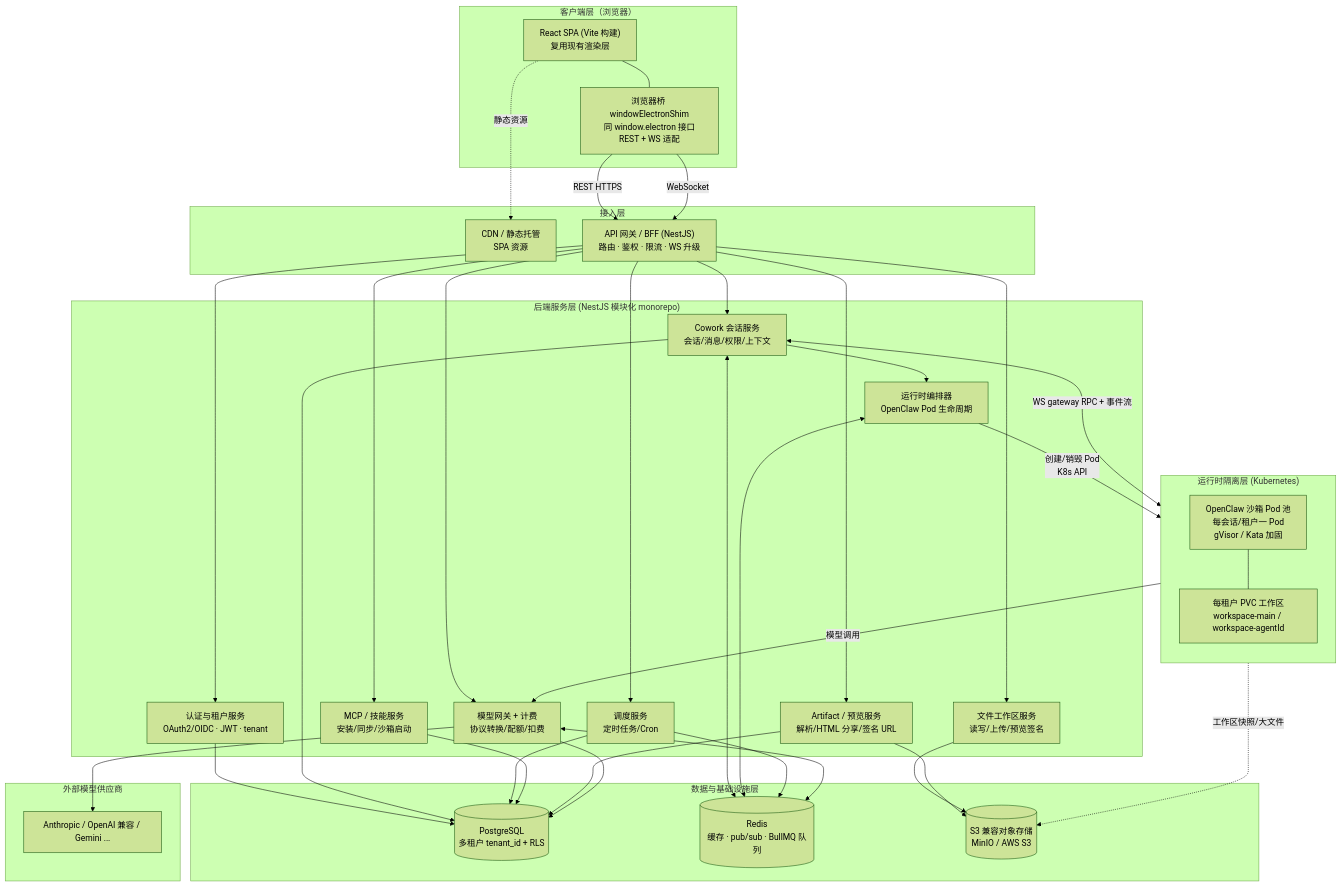
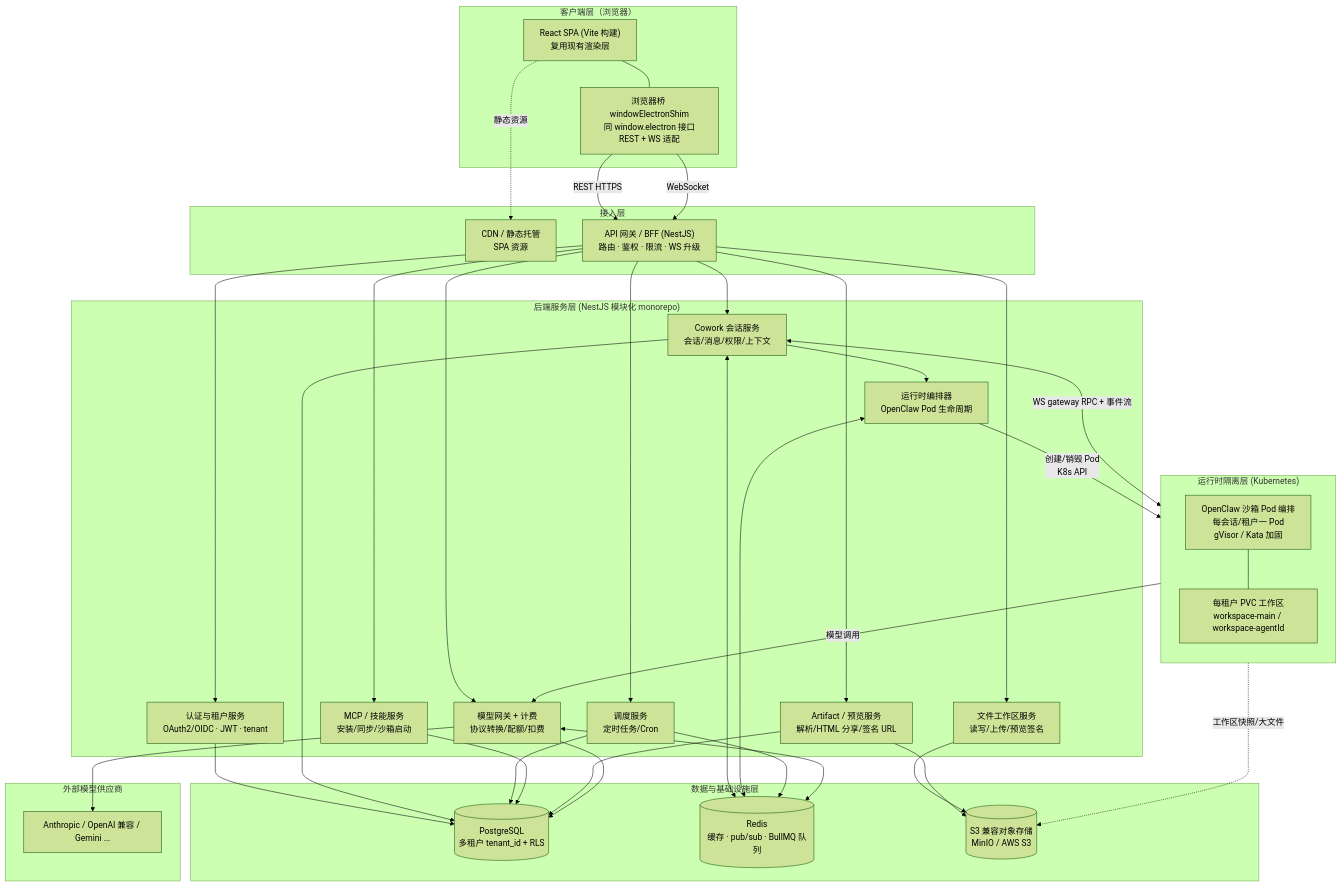
One commit to edward-ng-duke/LobsterAI changed the first of 4 diagrams in 改造计划/02-目标架构与技术选型.md. Above: the diagram before and after it, drawn with Mermaid (forest theme). The commit also changed other lines of this file and 22 other files, not shown here.

````diff
--- a/改造计划/02-目标架构与技术选型.md
+++ b/改造计划/02-目标架构与技术选型.md
@@ -49,74 +50,74 @@
 ```mermaid
 flowchart TB
   subgraph Client["客户端层（浏览器）"]
     SPA["React SPA (Vite 构建)<br/>复用现有渲染层"]
     Bridge["浏览器桥 windowElectronShim<br/>同 window.electron 接口<br/>REST + WS 适配"]
     SPA --- Bridge
   end
 
   subgraph Edge["接入层"]
     CDN["CDN / 静态托管<br/>SPA 资源"]
     GW["API 网关 / BFF (NestJS)<br/>路由 · 鉴权 · 限流 · WS 升级"]
   end
 
   subgraph Services["后端服务层 (NestJS 模块化 monorepo)"]
     Auth["认证与租户服务<br/>OAuth2/OIDC · JWT · tenant"]
     Cowork["Cowork 会话服务<br/>会话/消息/权限/上下文"]
     Orch["运行时编排器<br/>OpenClaw Pod 生命周期"]
     FileSvc["文件工作区服务<br/>读写/上传/预览签名"]
     ModelGW["模型网关 + 计费<br/>协议转换/配额/扣费"]
     Sched["调度服务<br/>定时任务/Cron"]
     McpSkill["MCP / 技能服务<br/>安装/同步/沙箱启动"]
     Artifact["Artifact / 预览服务<br/>解析/HTML 分享/签名 URL"]
   end
 
   subgraph Runtime["运行时隔离层 (Kubernetes)"]
     direction TB
-    PodPool["OpenClaw 沙箱 Pod 池<br/>每会话/租户一 Pod<br/>gVisor / Kata 加固"]
+    PodPool["OpenClaw 沙箱 Pod 编排<br/>每会话/租户一 Pod<br/>gVisor / Kata 加固"]
     PVC["每租户 PVC 工作区<br/>workspace-main / workspace-agentId"]
     PodPool --- PVC
   end
 
   subgraph Data["数据与基础设施层"]
     PG[("PostgreSQL<br/>多租户 tenant_id + RLS")]
     Redis[("Redis<br/>缓存 · pub/sub · BullMQ 队列")]
     S3[("S3 兼容对象存储<br/>MinIO / AWS S3")]
   end
 
   subgraph LLM["外部模型供应商"]
     Providers["Anthropic / OpenAI 兼容 / Gemini ..."]
   end
 
   SPA -. 静态资源 .-> CDN
   Bridge -->|REST HTTPS| GW
   Bridge -->|WebSocket| GW
   GW --> Auth
   GW --> Cowork
   GW --> FileSvc
   GW --> ModelGW
   GW --> Sched
   GW --> McpSkill
   GW --> Artifact
 
   Cowork --> Orch
   Orch -->|创建/销毁 Pod<br/>K8s API| PodPool
   Cowork <-->|WS gateway RPC + 事件流| PodPool
   PodPool -->|模型调用| ModelGW
   ModelGW --> Providers
 
   Auth --> PG
   Cowork --> PG
   Sched --> PG
   McpSkill --> PG
   Artifact --> PG
   ModelGW --> PG
 
   Cowork <--> Redis
   Orch <--> Redis
   Sched --> Redis
   ModelGW <--> Redis
 
   FileSvc --> S3
   Artifact --> S3
   PodPool -. 工作区快照/大文件 .-> S3
 ```
````
